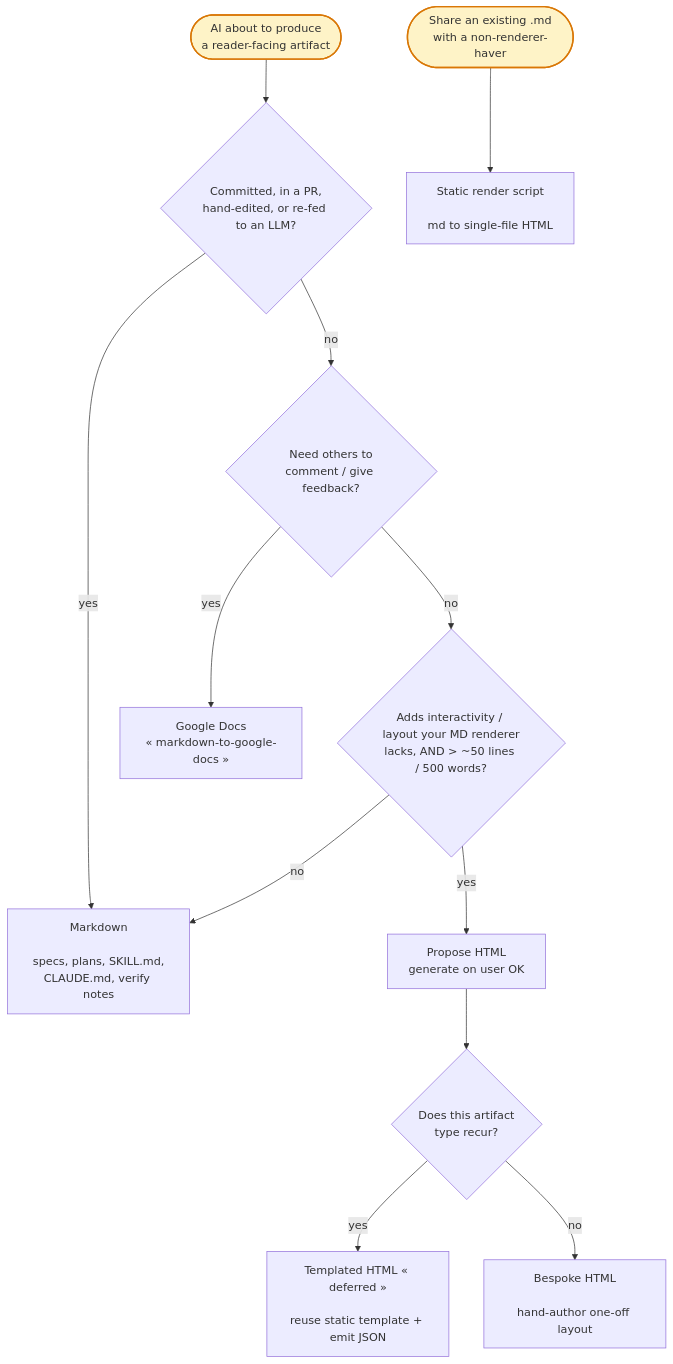
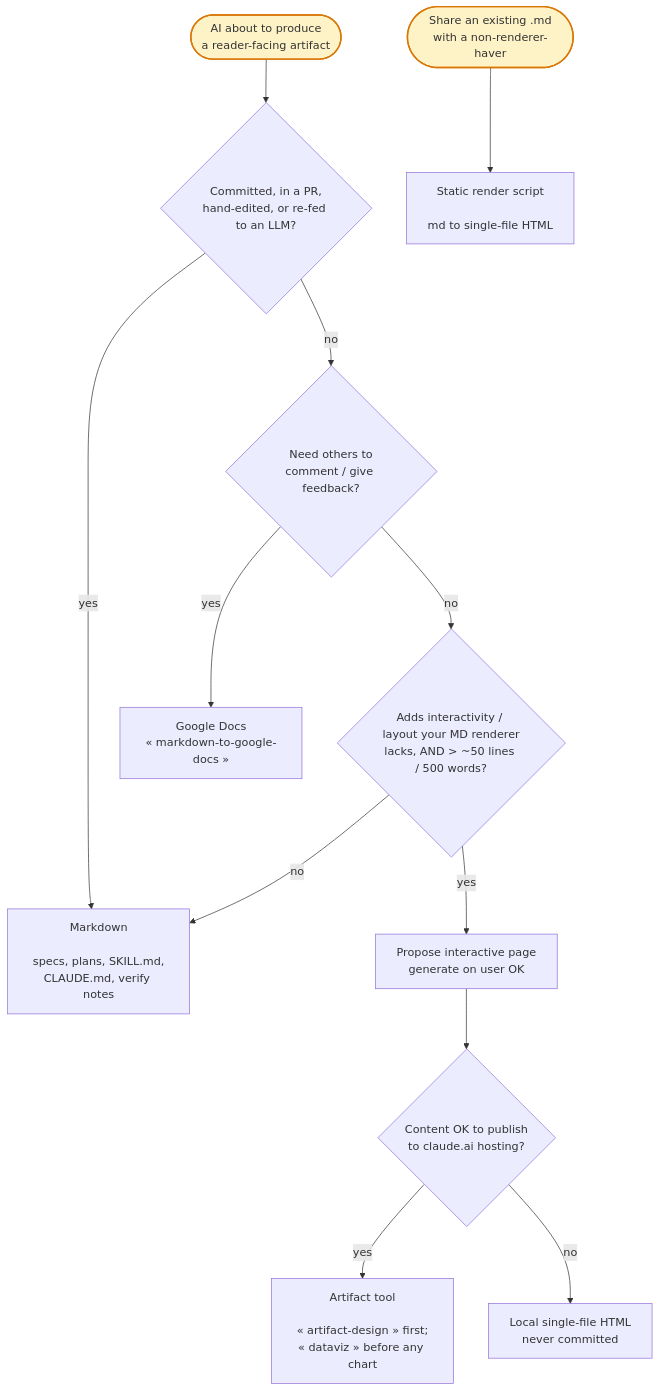
Before and after one commit to brunogsa/unix-utils: the diagram in configs/ai-docs/claude/skills/html-artifacts/SKILL.md, drawn with Mermaid. The commit also changed other lines of this file, not shown here.

First line of the commit message:
fix(html-artifacts): route interactive pages to the native Artifact tool

````diff
--- a/configs/ai-docs/claude/skills/html-artifacts/SKILL.md
+++ b/configs/ai-docs/claude/skills/html-artifacts/SKILL.md
@@ -17,20 +17,20 @@
 ```mermaid
 flowchart TD
   start(["AI about to produce<br/>a reader-facing artifact"]):::start
 
   start --> q1{"Committed, in a PR,<br/>hand-edited, or re-fed to an LLM?"}
   q1 -->|"yes"| md["Markdown<br/><br/>specs, plans, SKILL.md,<br/>CLAUDE.md, verify notes"]
   q1 -->|"no"| q2{"Need others to<br/>comment / give feedback?"}
   q2 -->|"yes"| gdocs["Google Docs<br/>« markdown-to-google-docs »"]
   q2 -->|"no"| q3{"Adds interactivity / layout your MD renderer<br/>lacks, AND > ~50 lines / 500 words?"}
   q3 -->|"no"| md
-  q3 -->|"yes"| propose["Propose HTML<br/>generate on user OK"]
-  propose --> q4{"Does this artifact<br/>type recur?"}
-  q4 -->|"yes"| templated["Templated HTML « deferred »<br/><br/>reuse static template + emit JSON"]
-  q4 -->|"no"| bespoke["Bespoke HTML<br/><br/>hand-author one-off layout"]
+  q3 -->|"yes"| propose["Propose interactive page<br/>generate on user OK"]
+  propose --> q4{"Content OK to publish<br/>to claude.ai hosting?"}
+  q4 -->|"yes"| artifact["Artifact tool<br/><br/>« artifact-design » first;<br/>« dataviz » before any chart"]
+  q4 -->|"no"| local["Local single-file HTML<br/>never committed"]
 
   share(["Share an existing .md<br/>with a non-renderer-haver"]):::start
   share --> script["Static render script<br/><br/>md to single-file HTML"]
 
   classDef start fill:#fef3c7,stroke:#d97706,stroke-width:2px
 ```
````
